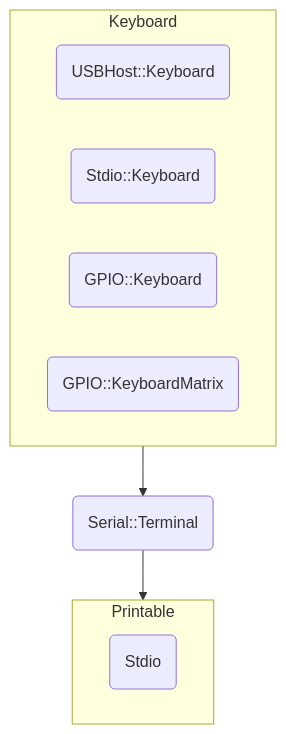
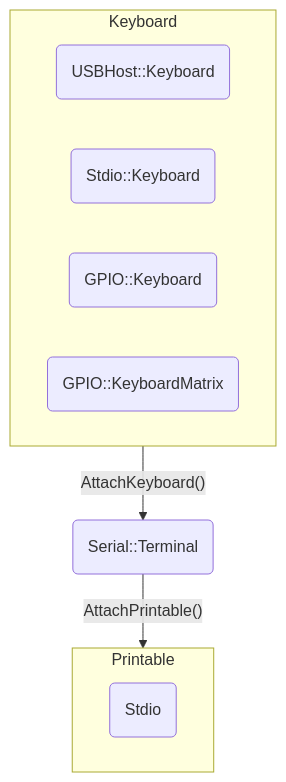
Before and after one commit to ypsitau/zenn: the second of 2 diagrams in articles/2025-04-06-cmdline-editor.md, drawn with Mermaid. The commit also changed other lines of this file, not shown here.

````diff
--- a/articles/2025-04-06-cmdline-editor.md
+++ b/articles/2025-04-06-cmdline-editor.md
@@ -70,13 +70,13 @@
 ```mermaid
 graph TD
   subgraph Keyboard
     K1(USBHost::Keyboard)
     K2(Stdio::Keyboard)
     K3(GPIO::Keyboard)
     K4(GPIO::KeyboardMatrix)
   end
   subgraph Printable
     P1(Stdio)
   end
-  Keyboard-->T(Serial::Terminal)-->Printable
+  Keyboard--"AttachKeyboard()"-->T(Serial::Terminal)--"AttachPrintable()"-->Printable
 ```
````
